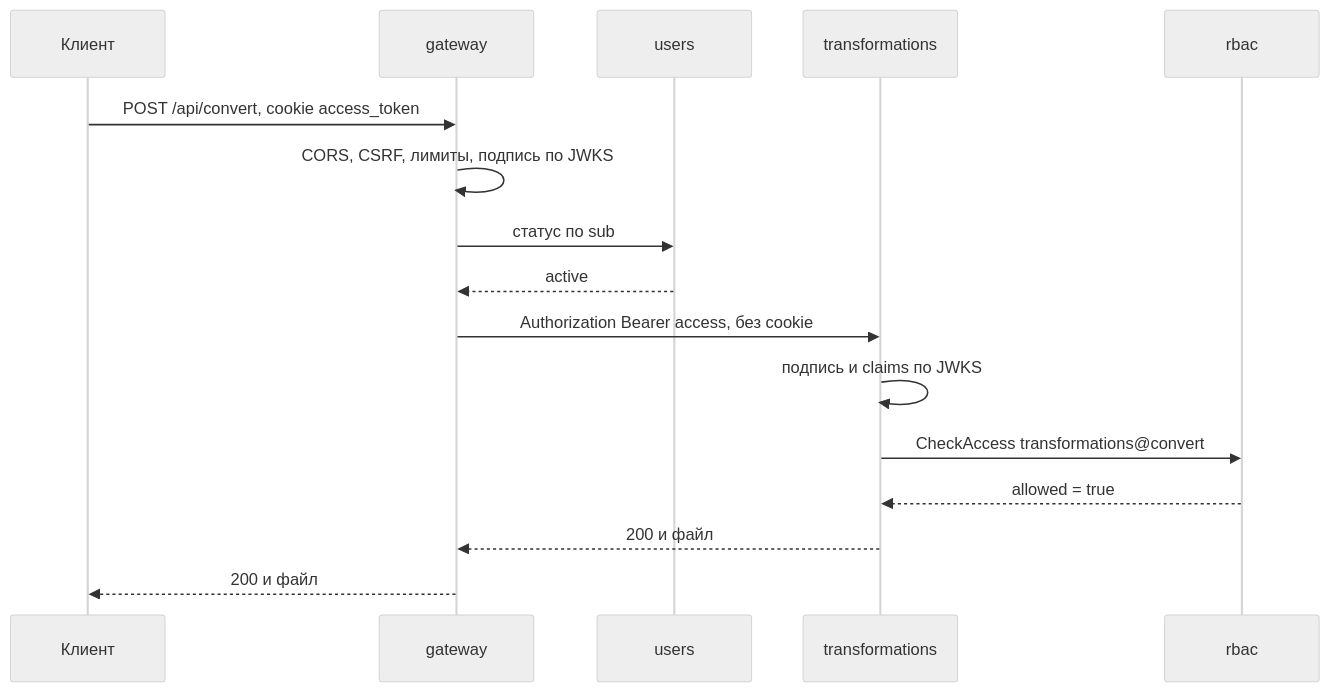
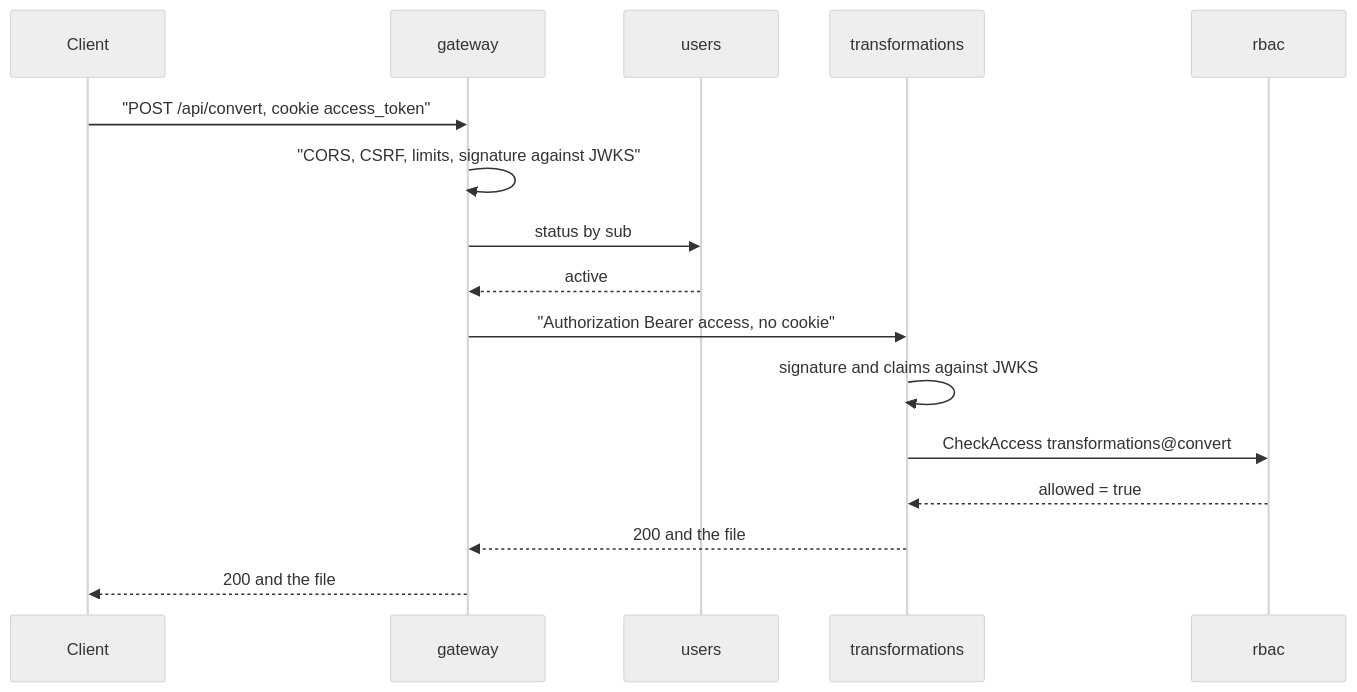
Before and after one commit to pavel-skripko-innowise/inno-fe-be-a1: the second of 3 diagrams in courses-content/backend/B/1/en/0.5 API Gateway и безопасность.md, drawn with Mermaid (neutral theme). The commit also changed other lines of this file and 35 other files, not shown here.

````diff
--- a/courses-content/backend/B/1/en/0.5 API Gateway и безопасность.md
+++ b/courses-content/backend/B/1/en/0.5 API Gateway и безопасность.md
@@ -78,18 +78,18 @@
 ```mermaid
 sequenceDiagram
-  participant C as Клиент
+  participant C as Client
   participant G as gateway
   participant U as users
   participant T as transformations
   participant R as rbac
-  C->>G: POST /api/convert, cookie access_token
-  G->>G: CORS, CSRF, лимиты, подпись по JWKS
-  G->>U: статус по sub
+  C->>G: "POST /api/convert, cookie access_token"
+  G->>G: "CORS, CSRF, limits, signature against JWKS"
+  G->>U: status by sub
   U-->>G: active
-  G->>T: Authorization Bearer access, без cookie
-  T->>T: подпись и claims по JWKS
+  G->>T: "Authorization Bearer access, no cookie"
+  T->>T: signature and claims against JWKS
   T->>R: CheckAccess transformations@convert
   R-->>T: allowed = true
-  T-->>G: 200 и файл
-  G-->>C: 200 и файл
+  T-->>G: 200 and the file
+  G-->>C: 200 and the file
 ```
````
